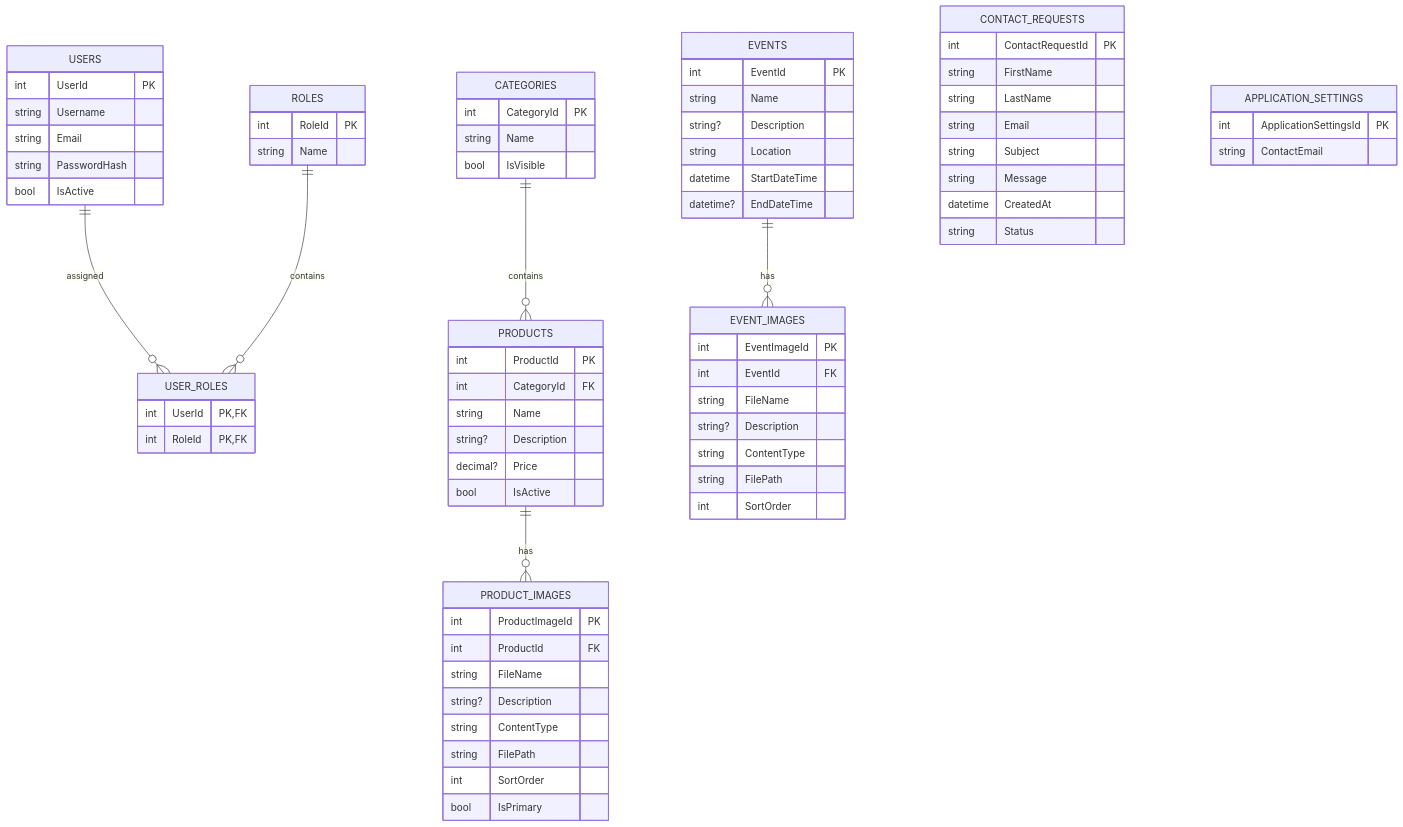
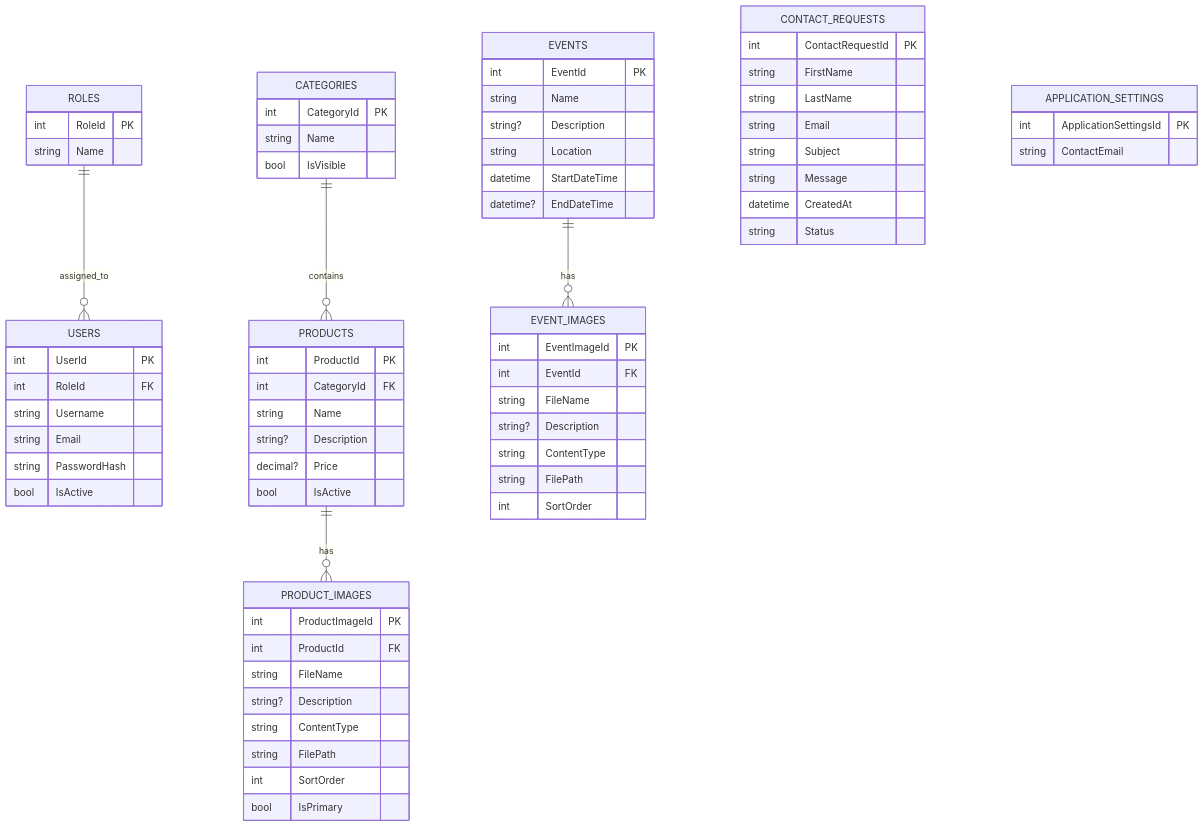
One commit to SchuelerfirmaBBS1/Webseite_Schuelerfirma_04 changed the diagram in documentation/UMLEntityRelationshipDiagramm.mmd. Above: the diagram before and after it, drawn with Mermaid.

```diff
--- a/documentation/UMLEntityRelationshipDiagramm.mmd
+++ b/documentation/UMLEntityRelationshipDiagramm.mmd
@@ -1,87 +1,82 @@
 erDiagram
 
     USERS {
         int UserId PK
+        int RoleId FK
         string Username
         string Email
         string PasswordHash
         bool IsActive
     }
 
     ROLES {
         int RoleId PK
         string Name
-    }
-
-    USER_ROLES {
-        int UserId PK, FK
-        int RoleId PK, FK
     }
 
     CATEGORIES {
         int CategoryId PK
         string Name
         bool IsVisible
     }
 
     PRODUCTS {
         int ProductId PK
         int CategoryId FK
         string Name
         string? Description
         decimal? Price
         bool IsActive
     }
 
     PRODUCT_IMAGES {
         int ProductImageId PK
         int ProductId FK
         string FileName
         string? Description
         string ContentType
         string FilePath
         int SortOrder
         bool IsPrimary
     }
 
     EVENTS {
         int EventId PK
         string Name
         string? Description
         string Location
         datetime StartDateTime
         datetime? EndDateTime
     }
 
     EVENT_IMAGES {
         int EventImageId PK
         int EventId FK
         string FileName
         string? Description
         string ContentType
         string FilePath
         int SortOrder
     }
 
     CONTACT_REQUESTS {
         int ContactRequestId PK
         string FirstName
         string LastName
         string Email
         string Subject
         string Message
         datetime CreatedAt
         string Status
     }
 
     APPLICATION_SETTINGS {
         int ApplicationSettingsId PK
         string ContactEmail
     }
 
     CATEGORIES ||--o{ PRODUCTS : contains
     PRODUCTS ||--o{ PRODUCT_IMAGES : has
     EVENTS ||--o{ EVENT_IMAGES : has
 
-    USERS ||--o{ USER_ROLES : assigned
-    ROLES ||--o{ USER_ROLES : contains
+    ROLES ||--o{ USERS : assigned_to
```
